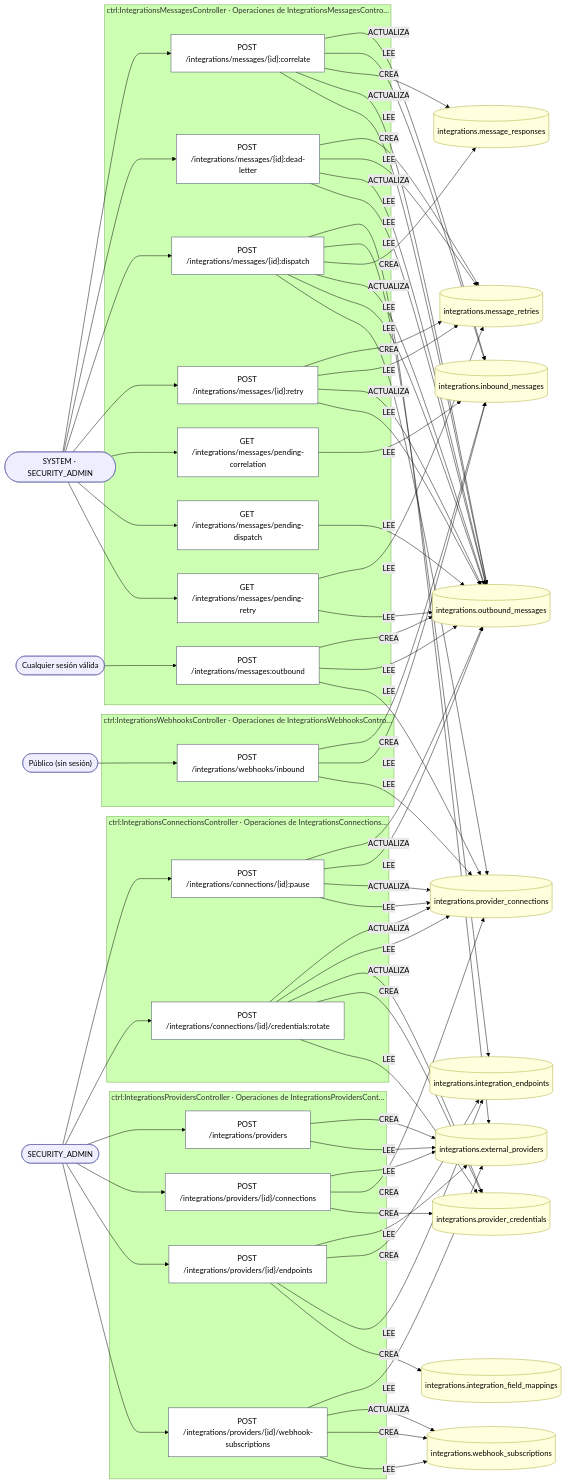
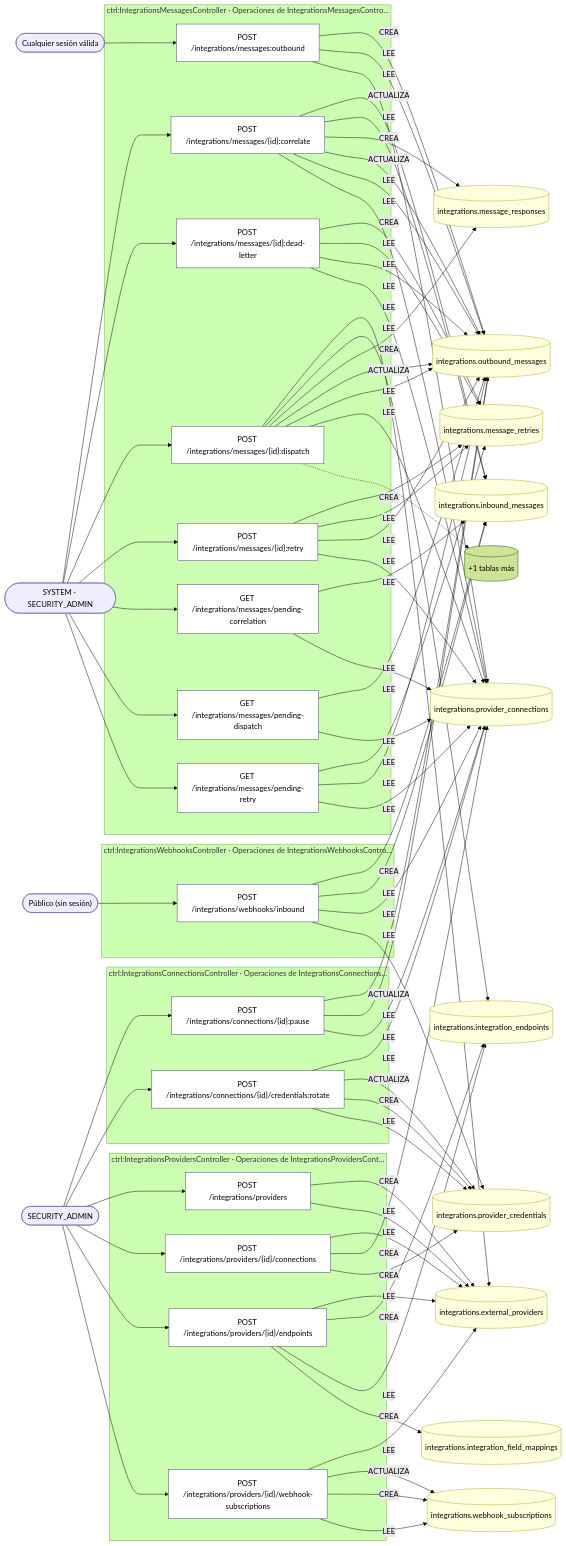
The first of 14 diagrams in docs/inventario/flujos/integrations.md (mdavila-2001/mantra-core-health-api), drawn with Mermaid (forest theme) before and after one commit. The commit also changed other lines of this file and 438 other files, not shown here.

```diff
--- a/docs/inventario/flujos/integrations.md
+++ b/docs/inventario/flujos/integrations.md
@@ -46,7 +46,7 @@
   a2(["SECURITY_ADMIN"]):::actor
   a8(["Cualquier sesión válida"]):::actor
   a10(["SYSTEM · SECURITY_ADMIN"]):::actor
-  a29(["Público (sin sesión)"]):::actor
+  a30(["Público (sin sesión)"]):::actor
   t3[("integrations.outbound_messages")]:::tabla
   t4[("integrations.provider_connections")]:::tabla
   t6[("integrations.provider_credentials")]:::tabla
@@ -55,38 +55,37 @@
   t14[("integrations.message_retries")]:::tabla
   t16[("integrations.external_providers")]:::tabla
   t17[("integrations.integration_endpoints")]:::tabla
-  t25[("integrations.integration_field_mappings")]:::tabla
-  t27[("integrations.webhook_subscriptions")]:::tabla
+  t26[("integrations.integration_field_mappings")]:::tabla
+  t28[("integrations.webhook_subscriptions")]:::tabla
   subgraph s0["ctrl:IntegrationsConnectionsController · Operaciones de IntegrationsConnections…"]
     o1["POST /integrations/connections/{id}:pause"]:::op
     o5["POST /integrations/connections/{id}/credentials:rotate"]:::op
   end
+  t18[("+1 tablas más")]
   subgraph s1["ctrl:IntegrationsMessagesController · Operaciones de IntegrationsMessagesContro…"]
     o7["POST /integrations/messages:outbound"]:::op
     o9["POST /integrations/messages/{id}:correlate"]:::op
     o13["POST /integrations/messages/{id}:dead-letter"]:::op
     o15["POST /integrations/messages/{id}:dispatch"]:::op
-    o18["POST /integrations/messages/{id}:retry"]:::op
-    o19["GET /integrations/messages/pending-correlation"]:::op
-    o20["GET /integrations/messages/pending-dispatch"]:::op
-    o21["GET /integrations/messages/pending-retry"]:::op
+    o19["POST /integrations/messages/{id}:retry"]:::op
+    o20["GET /integrations/messages/pending-correlation"]:::op
+    o21["GET /integrations/messages/pending-dispatch"]:::op
+    o22["GET /integrations/messages/pending-retry"]:::op
   end
   subgraph s2["ctrl:IntegrationsProvidersController · Operaciones de IntegrationsProvidersCont…"]
-    o22["POST /integrations/providers"]:::op
-    o23["POST /integrations/providers/{id}/connections"]:::op
-    o24["POST /integrations/providers/{id}/endpoints"]:::op
-    o26["POST /integrations/providers/{id}/webhook-subscriptions"]:::op
+    o23["POST /integrations/providers"]:::op
+    o24["POST /integrations/providers/{id}/connections"]:::op
+    o25["POST /integrations/providers/{id}/endpoints"]:::op
+    o27["POST /integrations/providers/{id}/webhook-subscriptions"]:::op
   end
   subgraph s3["ctrl:IntegrationsWebhooksController · Operaciones de IntegrationsWebhooksContro…"]
-    o28["POST /integrations/webhooks/inbound"]:::op
+    o29["POST /integrations/webhooks/inbound"]:::op
   end
   a2 --> o1
   o1 -->|"ACTUALIZA"| t3
   o1 -->|"LEE"| t3
-  o1 -->|"ACTUALIZA"| t4
   o1 -->|"LEE"| t4
   a2 --> o5
-  o5 -->|"ACTUALIZA"| t4
   o5 -->|"LEE"| t4
   o5 -->|"ACTUALIZA"| t6
   o5 -->|"CREA"| t6
@@ -101,11 +100,12 @@
   o9 -->|"CREA"| t12
   o9 -->|"ACTUALIZA"| t3
   o9 -->|"LEE"| t3
+  o9 -->|"LEE"| t4
   a10 --> o13
   o13 -->|"CREA"| t14
   o13 -->|"LEE"| t14
-  o13 -->|"ACTUALIZA"| t3
   o13 -->|"LEE"| t3
+  o13 -->|"LEE"| t4
   a10 --> o15
   o15 -->|"LEE"| t16
   o15 -->|"LEE"| t17
@@ -113,39 +113,44 @@
   o15 -->|"ACTUALIZA"| t3
   o15 -->|"LEE"| t3
   o15 -->|"LEE"| t4
-  a10 --> o18
-  o18 -->|"CREA"| t14
-  o18 -->|"LEE"| t14
-  o18 -->|"ACTUALIZA"| t3
-  o18 -->|"LEE"| t3
+  o15 -.-> t18
   a10 --> o19
-  o19 -->|"LEE"| t11
+  o19 -->|"CREA"| t14
+  o19 -->|"LEE"| t14
+  o19 -->|"LEE"| t3
+  o19 -->|"LEE"| t4
   a10 --> o20
-  o20 -->|"LEE"| t3
+  o20 -->|"LEE"| t11
+  o20 -->|"LEE"| t4
   a10 --> o21
-  o21 -->|"LEE"| t14
   o21 -->|"LEE"| t3
-  a2 --> o22
-  o22 -->|"CREA"| t16
-  o22 -->|"LEE"| t16
+  o21 -->|"LEE"| t4
+  a10 --> o22
+  o22 -->|"LEE"| t14
+  o22 -->|"LEE"| t3
+  o22 -->|"LEE"| t4
   a2 --> o23
+  o23 -->|"CREA"| t16
   o23 -->|"LEE"| t16
-  o23 -->|"CREA"| t4
-  o23 -->|"CREA"| t6
   a2 --> o24
   o24 -->|"LEE"| t16
-  o24 -->|"CREA"| t17
-  o24 -->|"LEE"| t17
-  o24 -->|"CREA"| t25
-  a2 --> o26
-  o26 -->|"LEE"| t16
-  o26 -->|"ACTUALIZA"| t27
-  o26 -->|"CREA"| t27
-  o26 -->|"LEE"| t27
-  a29 --> o28
-  o28 -->|"CREA"| t11
-  o28 -->|"LEE"| t11
-  o28 -->|"LEE"| t4
+  o24 -->|"CREA"| t4
+  o24 -->|"CREA"| t6
+  a2 --> o25
+  o25 -->|"LEE"| t16
+  o25 -->|"CREA"| t17
+  o25 -->|"LEE"| t17
+  o25 -->|"CREA"| t26
+  a2 --> o27
+  o27 -->|"LEE"| t16
+  o27 -->|"ACTUALIZA"| t28
+  o27 -->|"CREA"| t28
+  o27 -->|"LEE"| t28
+  a30 --> o29
+  o29 -->|"CREA"| t11
+  o29 -->|"LEE"| t11
+  o29 -->|"LEE"| t4
+  o29 -->|"LEE"| t6
   classDef op fill:#fff,stroke:#446
   classDef actor fill:#eef,stroke:#66a
   classDef tabla fill:#ffd,stroke:#aa3
```
